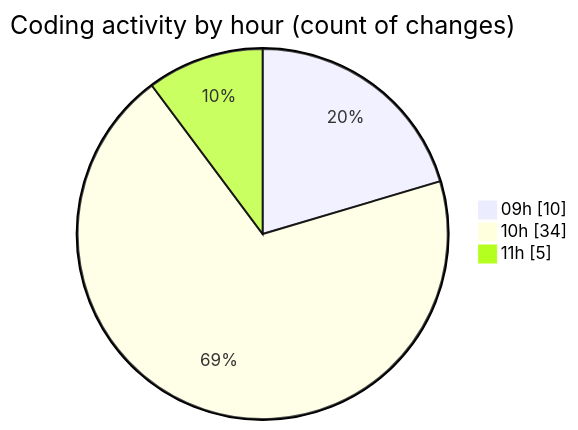
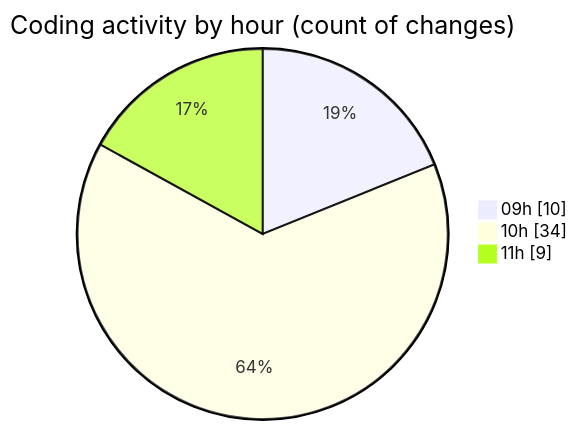
One commit to momahboobian/code-tracking changed the second of 2 diagrams in 2025-09-02/cda/README.md. Above: the diagram before and after it, drawn with Mermaid. The commit also changed other lines of this file and 1 other file, not shown here.

````diff
--- a/2025-09-02/cda/README.md
+++ b/2025-09-02/cda/README.md
@@ -36,7 +37,7 @@
 ```mermaid
 pie showData
 title Coding activity by hour (count of changes)
 "09h" : 10
 "10h" : 34
-"11h" : 5
+"11h" : 9
 ```
````
